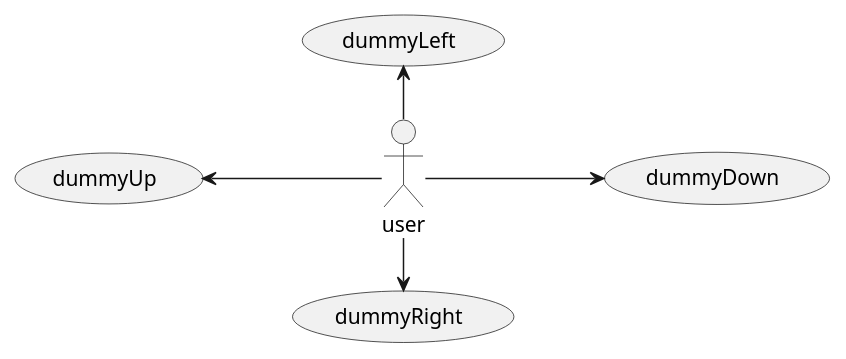
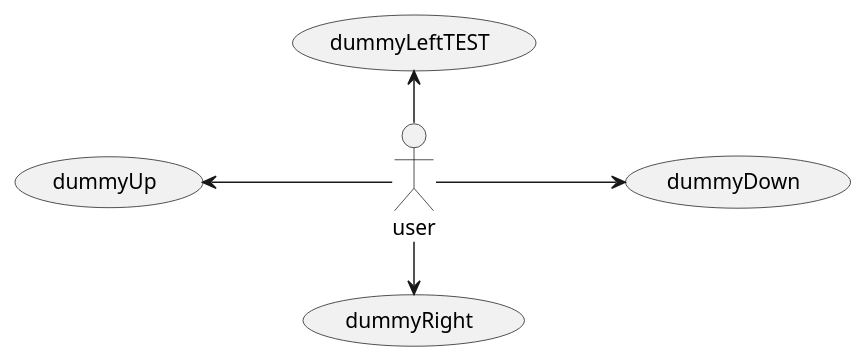
Before and after one commit to Martin-Hausleitner/plantuml-markdown: the diagram in example.plantuml, drawn with PlantUML.

```diff
--- a/example.plantuml
+++ b/example.plantuml
@@ -1,7 +1,7 @@
 @startuml
 left to right direction
-:user: -left-> (dummyLeft)
+:user: -left-> (dummyLeftTEST)
 :user: -right-> (dummyRight)
 :user: -up-> (dummyUp)
 :user: -down-> (dummyDown)
 @enduml
```
